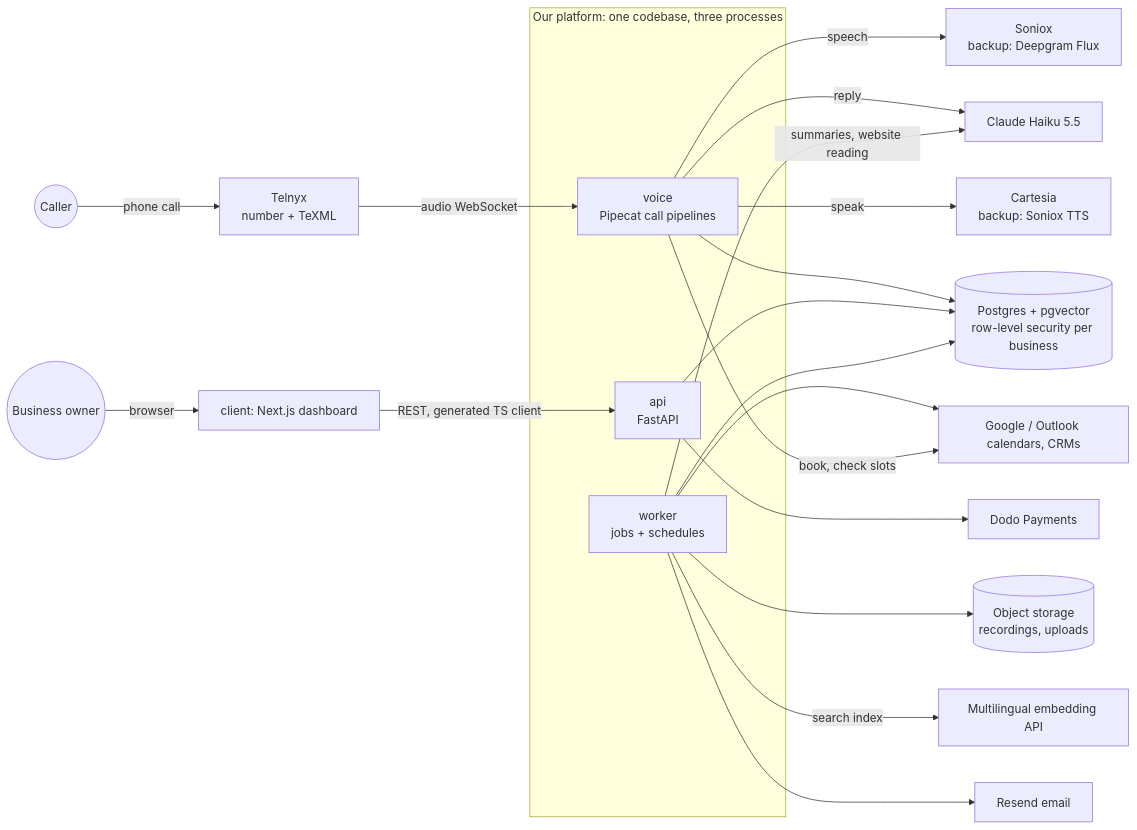
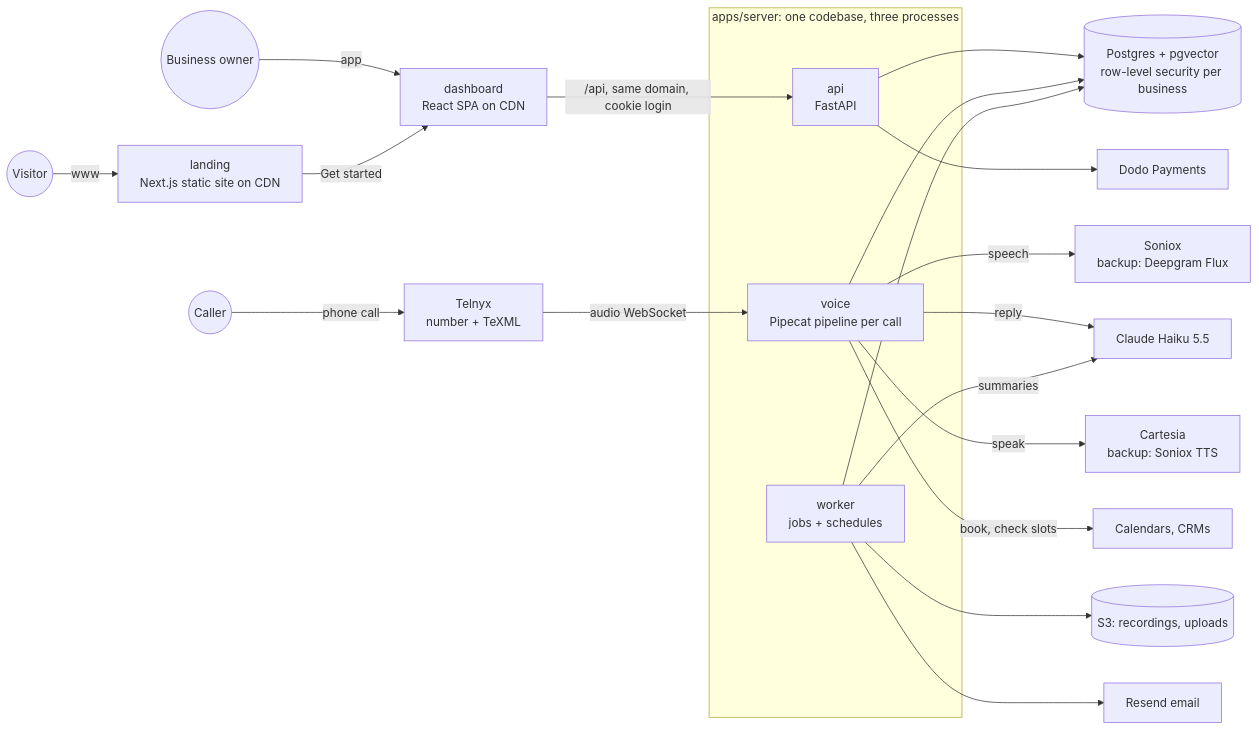
One commit to adilkadivala/ai-receptionist changed the diagram in docs/architecture.md. Above: the diagram before and after it, drawn with Mermaid. The commit also changed other lines of this file and 71 other files, not shown here.

First line of the commit message:
Split into landing, dashboard and server apps

````diff
--- a/docs/architecture.md
+++ b/docs/architecture.md
@@ -25,30 +35,29 @@
 ```mermaid
 flowchart LR
+  visitor((Visitor)) -->|www| landing[landing<br/>Next.js static site on CDN]
+  owner((Business owner)) -->|app| dashboard[dashboard<br/>React SPA on CDN]
   caller((Caller)) -->|phone call| telnyx[Telnyx<br/>number + TeXML]
-  owner((Business owner)) -->|browser| web[client: Next.js dashboard]
 
+  landing -->|Get started| dashboard
+  dashboard -->|/api, same domain, cookie login| api
   telnyx -->|audio WebSocket| voice
-  web -->|REST, generated TS client| api
 
-  subgraph platform [Our platform: one codebase, three processes]
-    voice[voice<br/>Pipecat call pipelines]
+  subgraph server [apps/server: one codebase, three processes]
     api[api<br/>FastAPI]
+    voice[voice<br/>Pipecat pipeline per call]
     worker[worker<br/>jobs + schedules]
   end
 
   voice -->|speech| stt[Soniox<br/>backup: Deepgram Flux]
   voice -->|reply| llm[Claude Haiku 5.5]
   voice -->|speak| tts[Cartesia<br/>backup: Soniox TTS]
+  voice -->|book, check slots| cal[Calendars, CRMs]
 
-  voice --> db[(Postgres + pgvector<br/>row-level security per business)]
-  api --> db
+  api --> db[(Postgres + pgvector<br/>row-level security per business)]
+  voice --> db
   worker --> db
-  worker --> files[(Object storage<br/>recordings, uploads)]
-
-  worker -->|summaries, website reading| llm
-  worker -->|search index| emb[Multilingual embedding API]
+  worker --> files[(S3: recordings, uploads)]
+  worker -->|summaries| llm
   worker --> email[Resend email]
-  worker --> cal[Google / Outlook calendars, CRMs]
   api --> pay[Dodo Payments]
-  voice -->|book, check slots| cal
 ```
````
